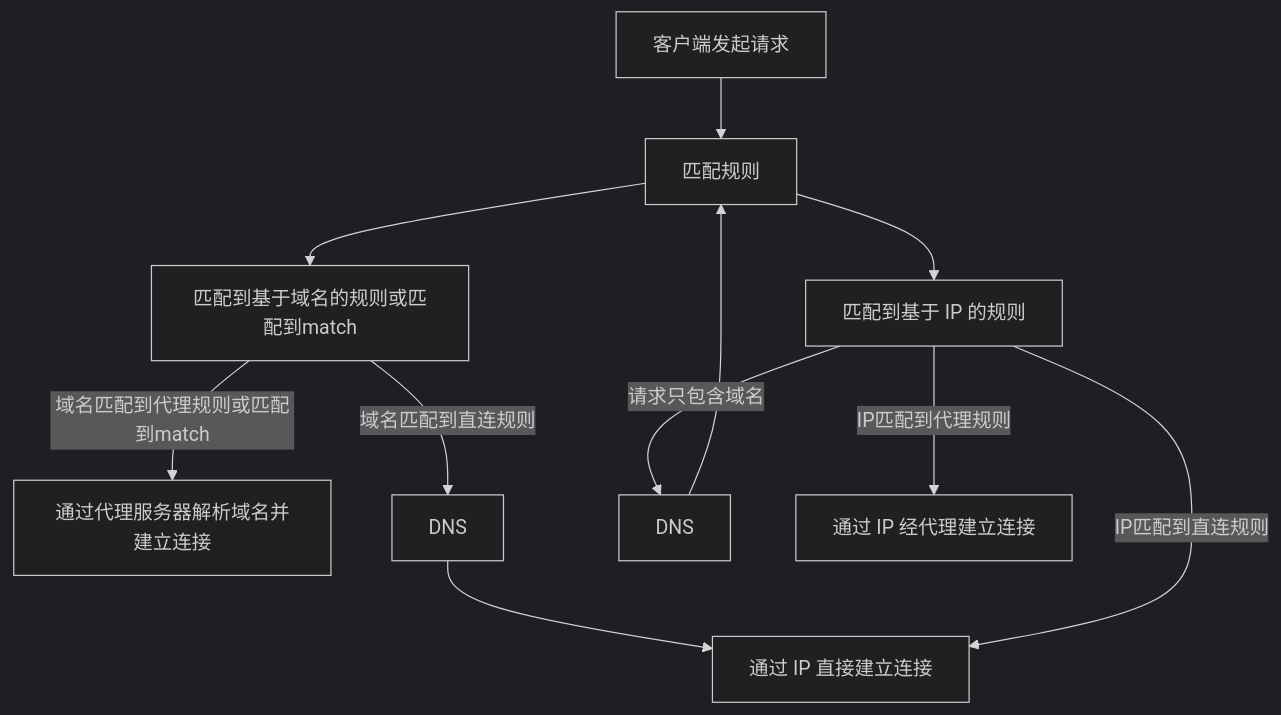
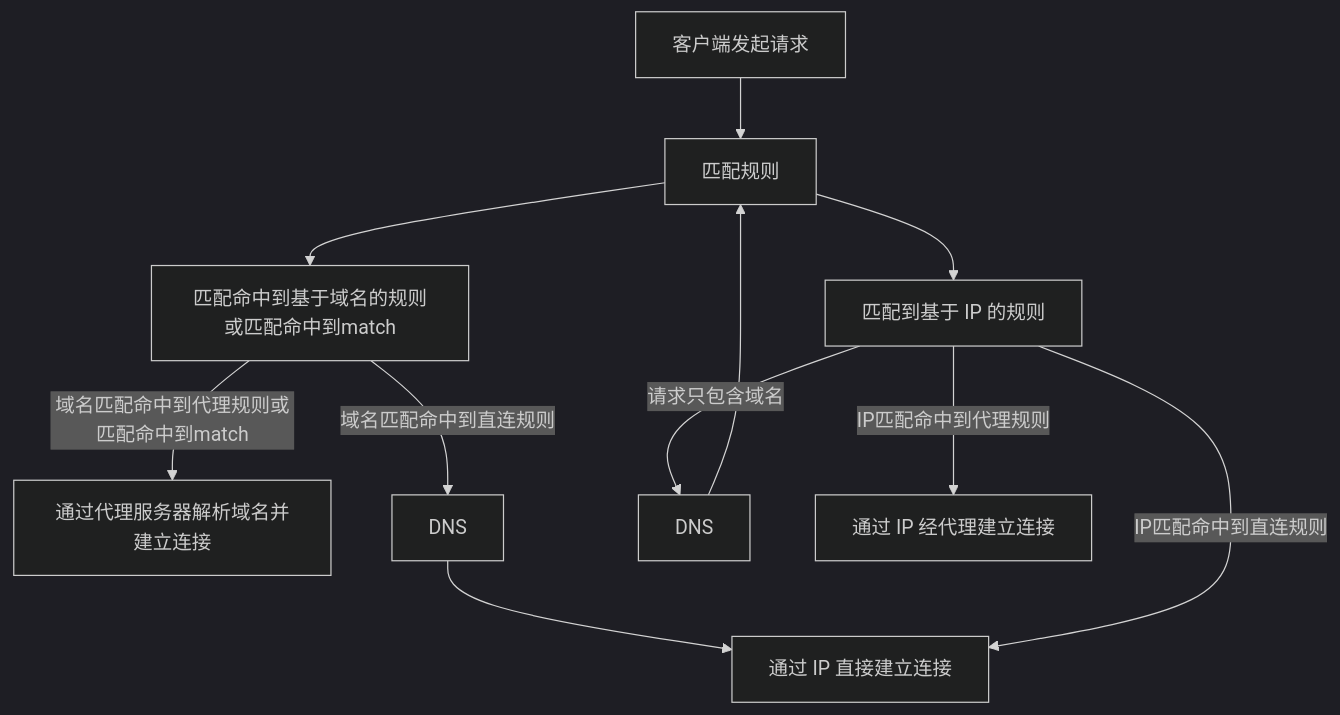
Before and after one commit to Jishi0/sub-rule: the first of 2 diagrams in mihomoDNS解析流程.md, drawn with Mermaid (dark theme).

````diff
--- a/mihomoDNS解析流程.md
+++ b/mihomoDNS解析流程.md
@@ -2,16 +2,16 @@
 ```mermaid
 flowchart TD
   Start[客户端发起请求] --> rule[匹配规则]
-  rule --> Domain[匹配到基于域名的规则或匹配到match]
+  rule --> Domain[匹配命中到基于域名的规则或匹配命中到match]
   rule --> IP[匹配到基于 IP 的规则]
 
-  Domain --> |域名匹配到代理规则或匹配到match|Remote[通过代理服务器解析域名并建立连接]
-  Domain --> |域名匹配到直连规则|DNS1[DNS]
+  Domain --> |域名匹配命中到代理规则或匹配命中到match|Remote[通过代理服务器解析域名并建立连接]
+  Domain --> |域名匹配命中到直连规则|DNS1[DNS]
   DNS1 --> Direct[通过 IP 直接建立连接]
 
   IP --> |请求只包含域名|DNS2[DNS]
   DNS2 --> rule
-  IP --> |IP匹配到直连规则|Direct
-  IP --> |IP匹配到代理规则|Proxy[通过 IP 经代理建立连接]
+  IP --> |IP匹配命中到直连规则|Direct
+  IP --> |IP匹配命中到代理规则|Proxy[通过 IP 经代理建立连接]
 
 ```
````
